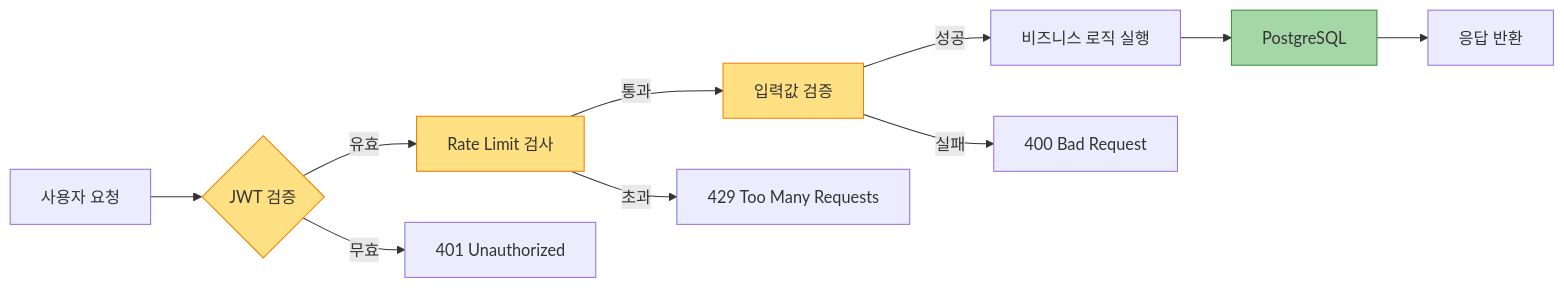
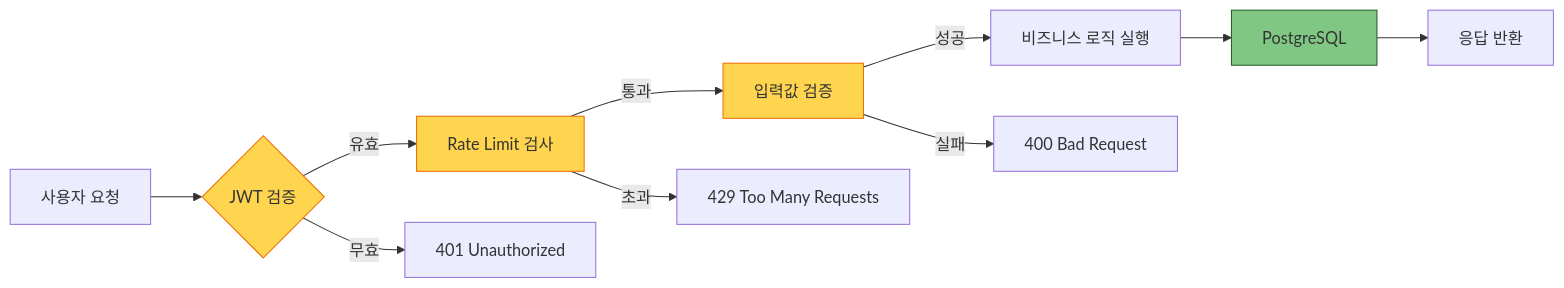
One commit to kyoe-23/DeepLearning_project changed diagram 13 of 13 in Architecture.md. Above: the diagram before and after it, drawn with Mermaid. The commit also changed other lines of this file, not shown here.

````diff
--- a/Architecture.md
+++ b/Architecture.md
@@ -940,17 +940,17 @@
 ```mermaid
 graph LR
     A[사용자 요청] --> B{JWT 검증}
     B -->|유효| C[Rate Limit 검사]
     B -->|무효| D[401 Unauthorized]
     C -->|통과| E[입력값 검증]
     C -->|초과| F[429 Too Many Requests]
     E -->|성공| G[비즈니스 로직 실행]
     E -->|실패| H[400 Bad Request]
     G --> I[PostgreSQL]
     I --> J[응답 반환]
 
-    style B fill:#FFE082,stroke:#F57C00
-    style C fill:#FFE082,stroke:#F57C00
-    style E fill:#FFE082,stroke:#F57C00
-    style I fill:#A5D6A7,stroke:#388E3C
+    style B fill:#FFD54F,stroke:#EF6C00
+    style C fill:#FFD54F,stroke:#EF6C00
+    style E fill:#FFD54F,stroke:#EF6C00
+    style I fill:#81C784,stroke:#1B5E20
 ```
````
